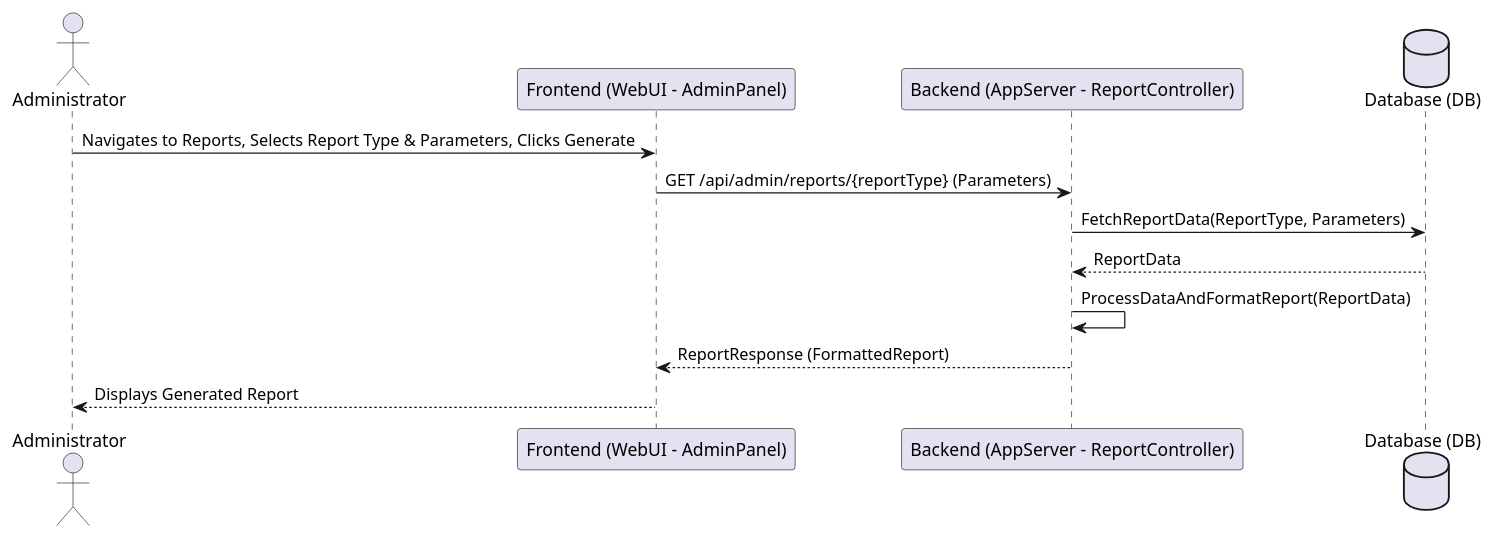
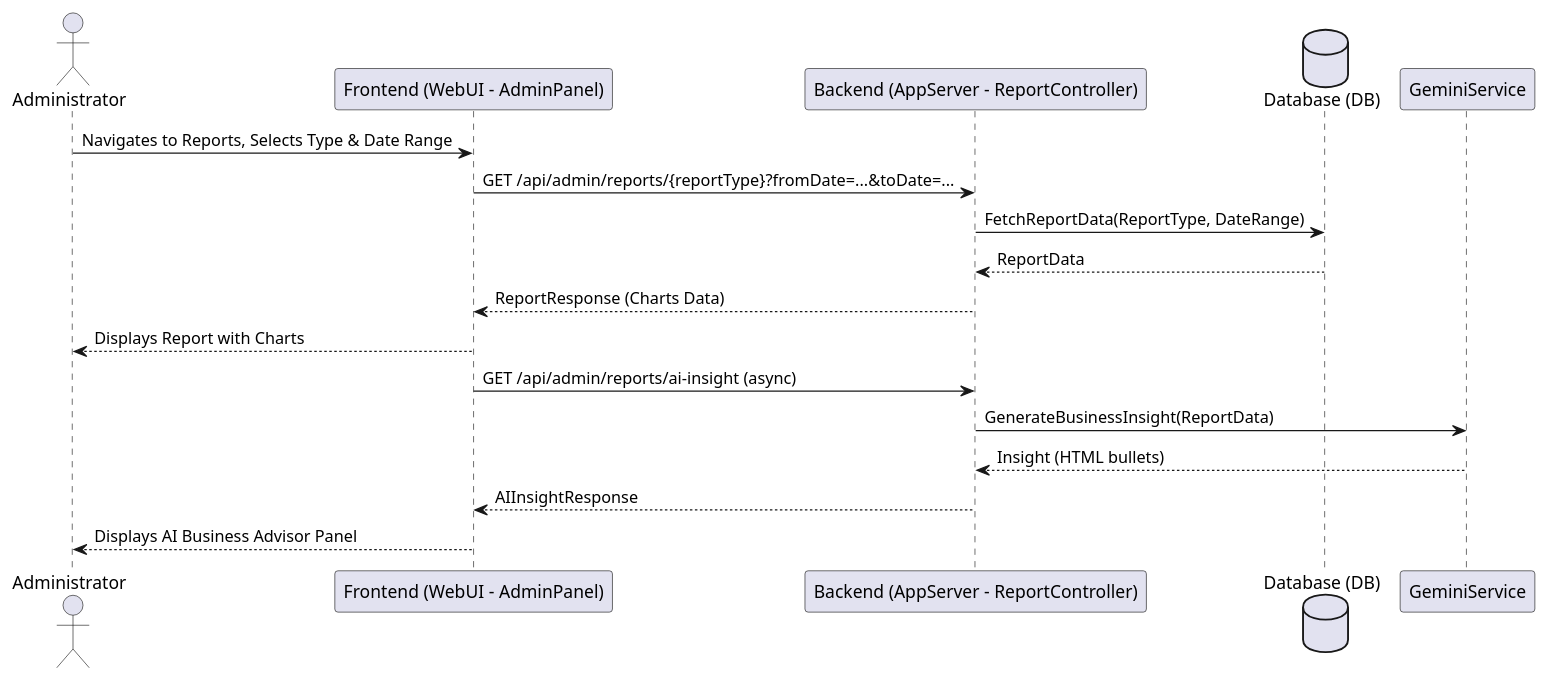
Before and after one commit to 7azmi/Al-Muneer-Portal: diagram 30 of 34 in Academic fluff (temp)/appendix: SRS.md, drawn with PlantUML. The commit also changed other lines of this file, not shown here.

````diff
--- a/Academic fluff (temp)/appendix: SRS.md
+++ b/Academic fluff (temp)/appendix: SRS.md
@@ -1300,16 +1313,22 @@
 ```plantuml
 @startuml
 actor Administrator as Admin
 participant "Frontend (WebUI - AdminPanel)" as UI
 participant "Backend (AppServer - ReportController)" as App
 database "Database (DB)" as DB
+participant "GeminiService" as AI
 
-Admin -> UI : Navigates to Reports, Selects Report Type & Parameters, Clicks Generate
-UI -> App : GET /api/admin/reports/{reportType} (Parameters)
-App -> DB : FetchReportData(ReportType, Parameters)
+Admin -> UI : Navigates to Reports, Selects Type & Date Range
+UI -> App : GET /api/admin/reports/{reportType}?fromDate=...&toDate=...
+App -> DB : FetchReportData(ReportType, DateRange)
 DB --> App : ReportData
-App -> App : ProcessDataAndFormatReport(ReportData)
-App --> UI : ReportResponse (FormattedReport)
-UI --> Admin : Displays Generated Report
+App --> UI : ReportResponse (Charts Data)
+UI --> Admin : Displays Report with Charts
+
+UI -> App : GET /api/admin/reports/ai-insight (async)
+App -> AI : GenerateBusinessInsight(ReportData)
+AI --> App : Insight (HTML bullets)
+App --> UI : AIInsightResponse
+UI --> Admin : Displays AI Business Advisor Panel
 @enduml
 ```
````
